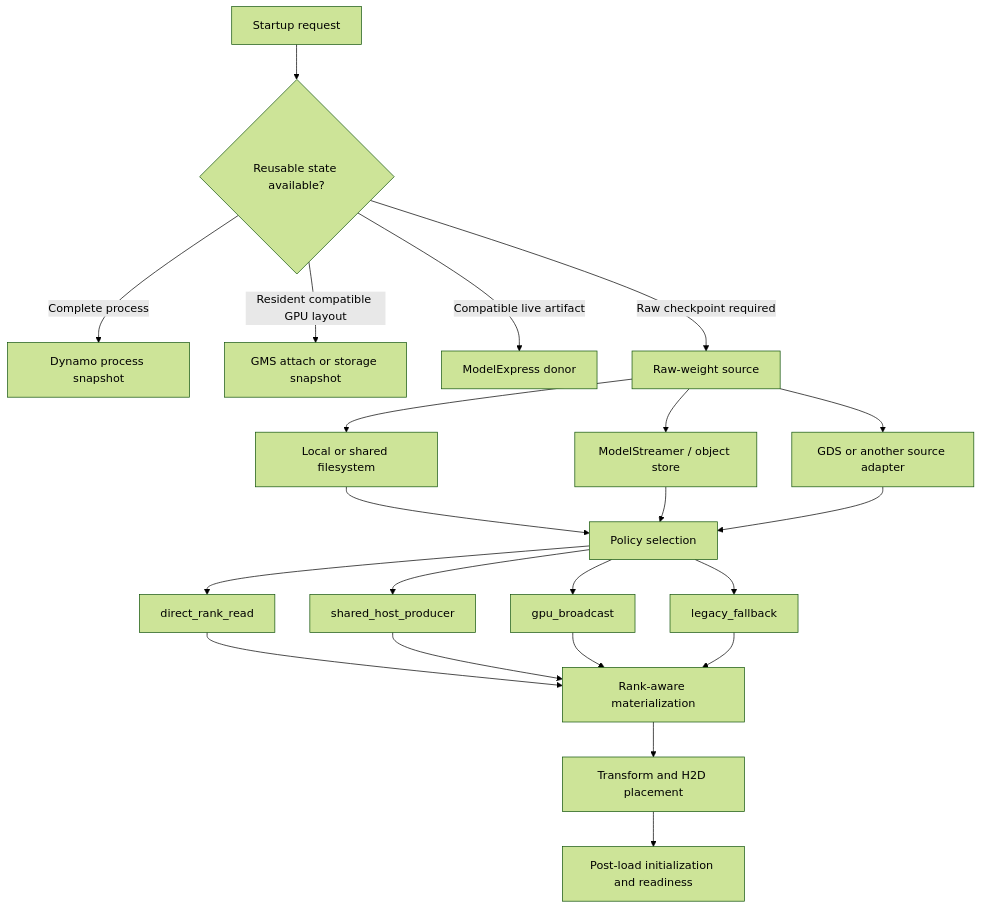
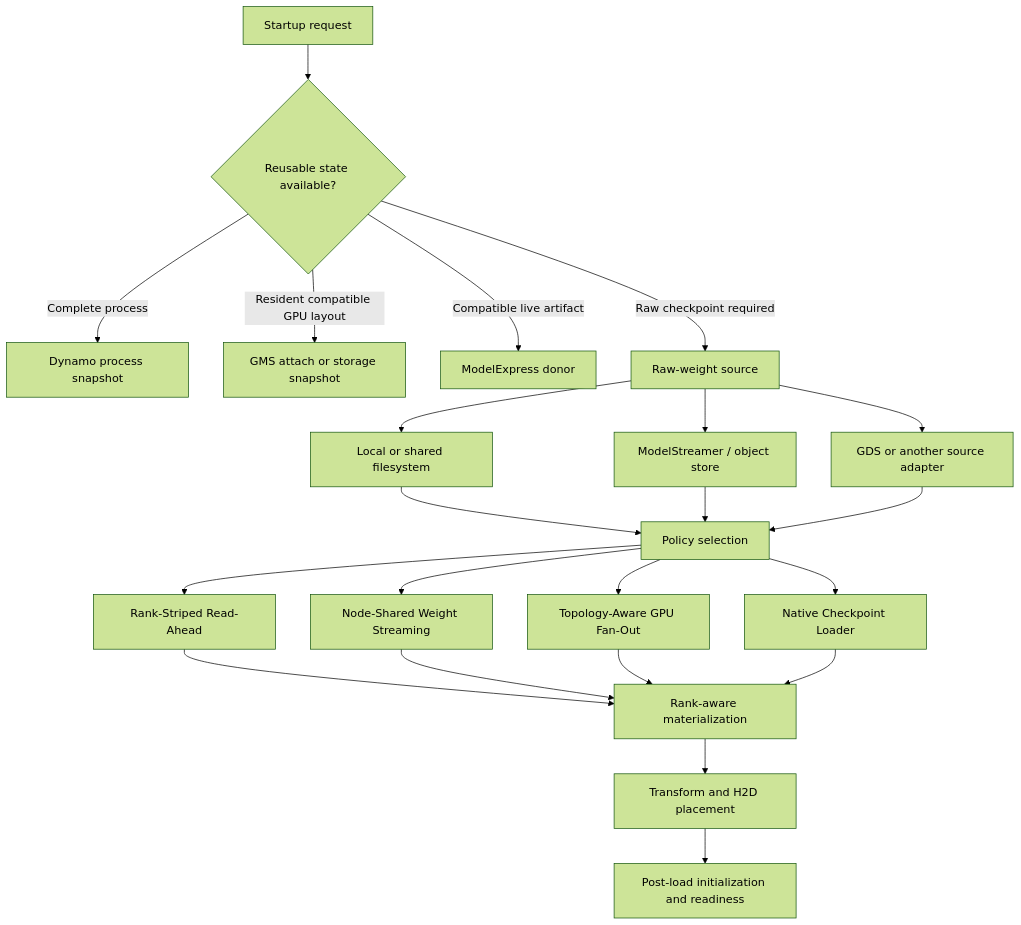
The first of 4 diagrams in docs/design/rank-cooperative-checkpoint-loading/design.md (chienchunhung/TensorRT-LLM), drawn with Mermaid (forest theme) before and after one commit. The commit also changed other lines of this file and 2 other files, not shown here.

Commit message:
docs: rename and clarify checkpoint loading policies

````diff
--- a/docs/design/rank-cooperative-checkpoint-loading/design.md
+++ b/docs/design/rank-cooperative-checkpoint-loading/design.md
@@ -131,28 +148,28 @@
 ```mermaid
 flowchart TD
     A["Startup request"] --> B{"Reusable state available?"}
     B -->|"Complete process"| C["Dynamo process snapshot"]
     B -->|"Resident compatible GPU layout"| D["GMS attach or storage snapshot"]
     B -->|"Compatible live artifact"| E["ModelExpress donor"]
     B -->|"Raw checkpoint required"| F["Raw-weight source"]
 
     F --> F1["Local or shared filesystem"]
     F --> F2["ModelStreamer / object store"]
     F --> F3["GDS or another source adapter"]
 
     F1 --> G["Policy selection"]
     F2 --> G
     F3 --> G
 
-    G --> G1["direct_rank_read"]
-    G --> G2["shared_host_producer"]
-    G --> G3["gpu_broadcast"]
-    G --> G4["legacy_fallback"]
+    G --> G1["Rank-Striped Read-Ahead"]
+    G --> G2["Node-Shared Weight Streaming"]
+    G --> G3["Topology-Aware GPU Fan-Out"]
+    G --> G4["Native Checkpoint Loader"]
 
     G1 --> H["Rank-aware materialization"]
     G2 --> H
     G3 --> H
     G4 --> H
     H --> I["Transform and H2D placement"]
     I --> J["Post-load initialization and readiness"]
 ```
````
